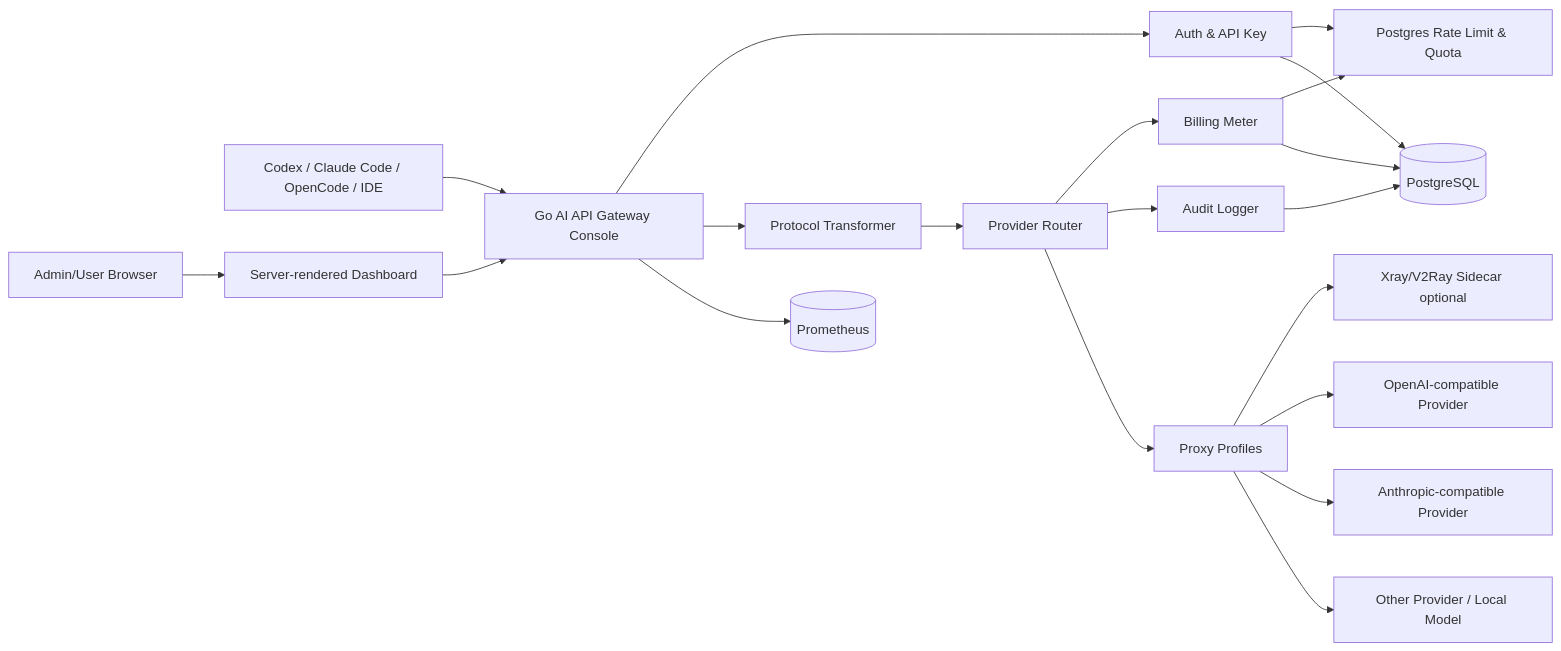
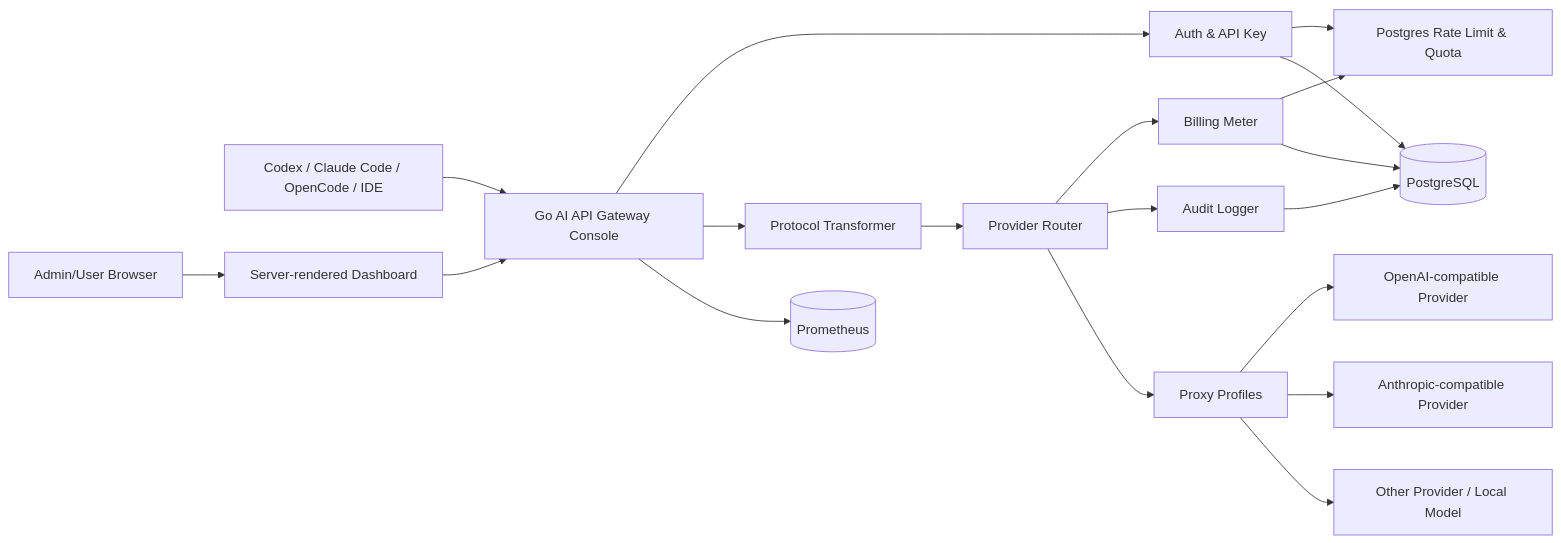
The first of 2 diagrams in docs/api-gateway-console-design.md (zltl/aiyolo), drawn with Mermaid before and after one commit. The commit also changed other lines of this file and 58 other files, not shown here.

````diff
--- a/docs/api-gateway-console-design.md
+++ b/docs/api-gateway-console-design.md
@@ -51,40 +51,38 @@
 ```mermaid
 flowchart LR
   App[Codex / Claude Code / OpenCode / IDE]
   Browser[Admin/User Browser]
   Gateway[Go AI API Gateway Console]
   Auth[Auth & API Key]
   Transformer[Protocol Transformer]
   Router[Provider Router]
   Billing[Billing Meter]
   RateLimit[Postgres Rate Limit & Quota]
   Audit[Audit Logger]
   Dashboard[Server-rendered Dashboard]
   DB[(PostgreSQL)]
   Metrics[(Prometheus)]
   Proxy[Proxy Profiles]
-  Xray[Xray/V2Ray Sidecar optional]
   OpenAI[OpenAI-compatible Provider]
   Anthropic[Anthropic-compatible Provider]
   Other[Other Provider / Local Model]
 
   App --> Gateway
   Browser --> Dashboard
   Dashboard --> Gateway
   Gateway --> Auth
   Gateway --> Transformer
   Transformer --> Router
   Router --> Billing
   Billing --> RateLimit
   Auth --> RateLimit
   Router --> Audit
   Auth --> DB
   Billing --> DB
   Audit --> DB
   Gateway --> Metrics
   Router --> Proxy
-  Proxy --> Xray
   Proxy --> OpenAI
   Proxy --> Anthropic
   Proxy --> Other
 ```
````
